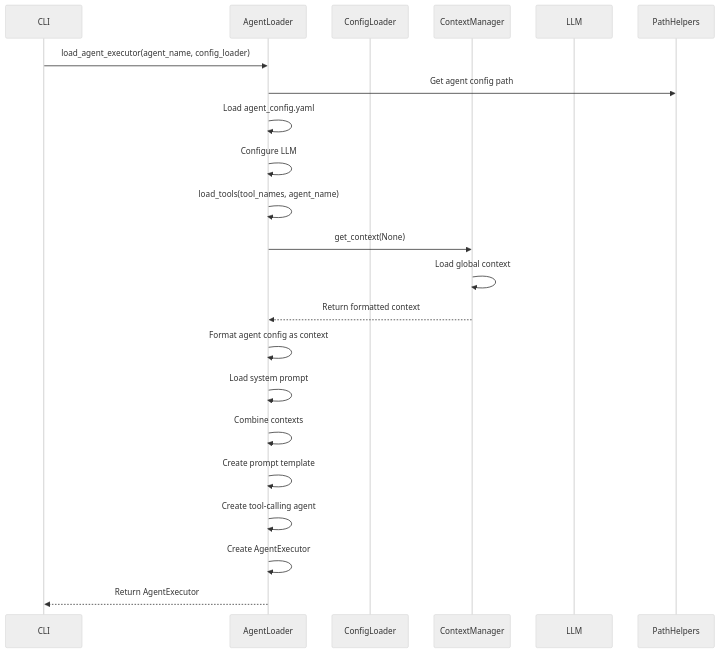
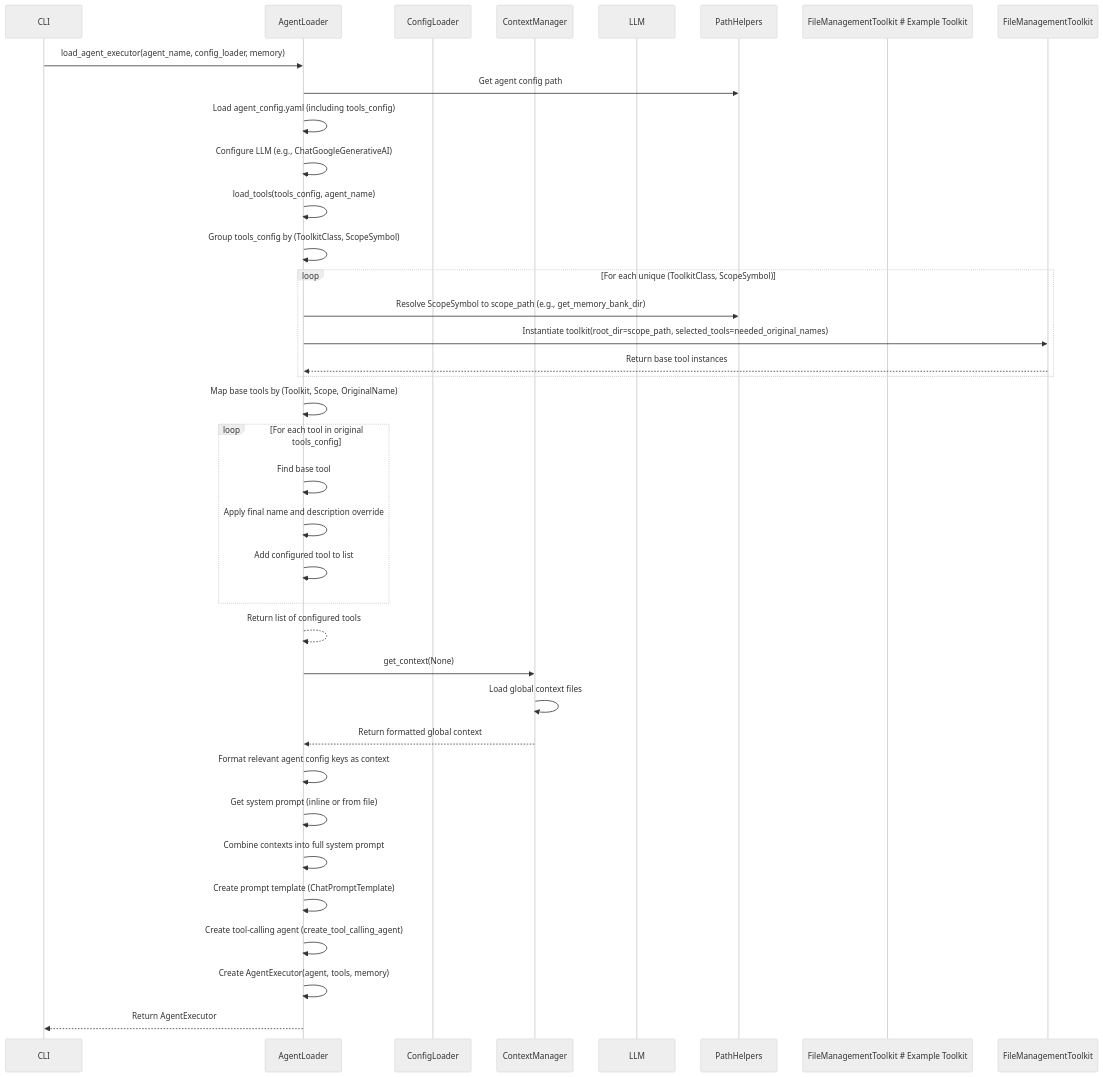
The fourth of 6 diagrams in memory-bank/systemPatterns.md (tim-o-private/llm-agent), drawn with Mermaid (neutral theme) before and after one commit. The commit also changed other lines of this file and 13 other files, not shown here.

Commit message:
Architect phase 1

````diff
--- a/memory-bank/systemPatterns.md
+++ b/memory-bank/systemPatterns.md
@@ -184,24 +183,39 @@
 ```mermaid
 sequenceDiagram
     participant CLI
     participant AgentLoader
     participant ConfigLoader
     participant ContextManager
     participant LLM
+    participant PathHelpers
+    participant FileManagementToolkit # Example Toolkit
     
-    CLI->>AgentLoader: load_agent_executor(agent_name, config_loader)
+    CLI->>AgentLoader: load_agent_executor(agent_name, config_loader, memory)
     AgentLoader->>PathHelpers: Get agent config path
-    AgentLoader->>AgentLoader: Load agent_config.yaml
-    AgentLoader->>AgentLoader: Configure LLM
-    AgentLoader->>AgentLoader: load_tools(tool_names, agent_name)
-    AgentLoader->>ContextManager: get_context(None)
-    ContextManager->>ContextManager: Load global context
-    ContextManager-->>AgentLoader: Return formatted context
-    AgentLoader->>AgentLoader: Format agent config as context
-    AgentLoader->>AgentLoader: Load system prompt
-    AgentLoader->>AgentLoader: Combine contexts
-    AgentLoader->>AgentLoader: Create prompt template
-    AgentLoader->>AgentLoader: Create tool-calling agent
-    AgentLoader->>AgentLoader: Create AgentExecutor
+    AgentLoader->>AgentLoader: Load agent_config.yaml (including tools_config)
+    AgentLoader->>AgentLoader: Configure LLM (e.g., ChatGoogleGenerativeAI)
+    AgentLoader->>AgentLoader: load_tools(tools_config, agent_name)
+        AgentLoader->>AgentLoader: Group tools_config by (ToolkitClass, ScopeSymbol)
+        loop For each unique (ToolkitClass, ScopeSymbol)
+            AgentLoader->>PathHelpers: Resolve ScopeSymbol to scope_path (e.g., get_memory_bank_dir)
+            AgentLoader->>FileManagementToolkit: Instantiate toolkit(root_dir=scope_path, selected_tools=needed_original_names)
+            FileManagementToolkit-->>AgentLoader: Return base tool instances
+        end
+        AgentLoader->>AgentLoader: Map base tools by (Toolkit, Scope, OriginalName)
+        loop For each tool in original tools_config
+            AgentLoader->>AgentLoader: Find base tool
+            AgentLoader->>AgentLoader: Apply final name and description override
+            AgentLoader->>AgentLoader: Add configured tool to list
+        end
+    AgentLoader-->>AgentLoader: Return list of configured tools
+    AgentLoader->>ContextManager: get_context(None) # Global context
+    ContextManager->>ContextManager: Load global context files
+    ContextManager-->>AgentLoader: Return formatted global context
+    AgentLoader->>AgentLoader: Format relevant agent config keys as context
+    AgentLoader->>AgentLoader: Get system prompt (inline or from file)
+    AgentLoader->>AgentLoader: Combine contexts into full system prompt
+    AgentLoader->>AgentLoader: Create prompt template (ChatPromptTemplate)
+    AgentLoader->>AgentLoader: Create tool-calling agent (create_tool_calling_agent)
+    AgentLoader->>AgentLoader: Create AgentExecutor(agent, tools, memory)
     AgentLoader-->>CLI: Return AgentExecutor
 ```
````
